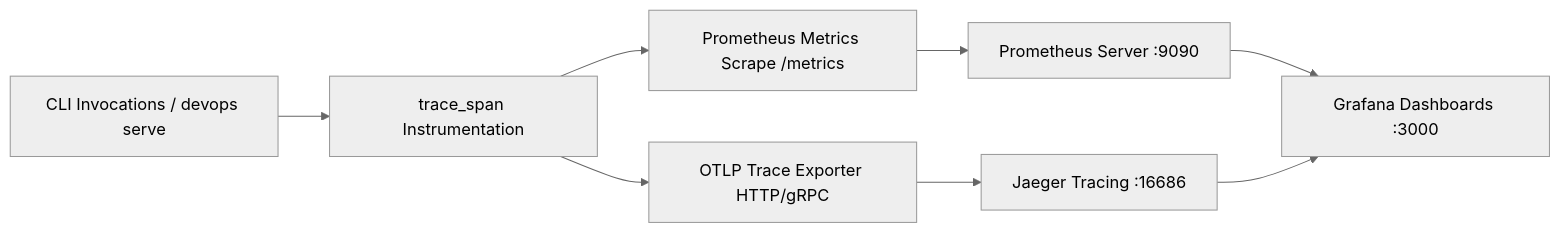
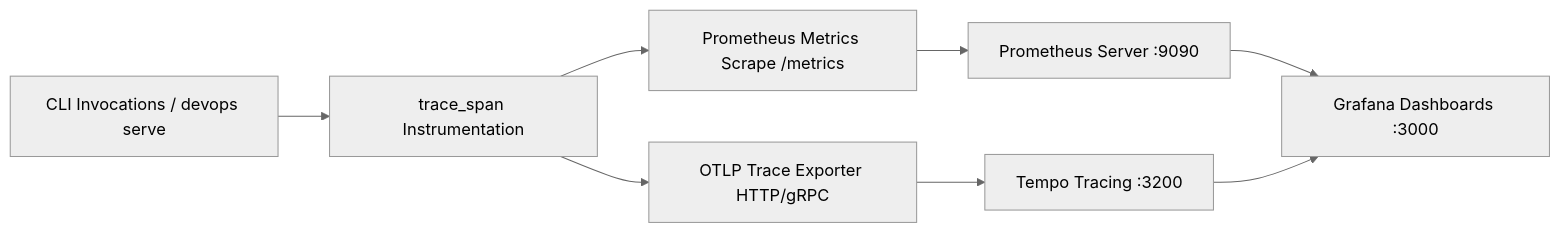
Before and after one commit to dan-petty/devops-cli: the diagram in src/devops_cli/ai/knowledge_base/devops_cli/tasks/telemetry_and_observability.md, drawn with Mermaid (neutral theme). The commit also changed other lines of this file and 90 other files, not shown here.

````diff
--- a/src/devops_cli/ai/knowledge_base/devops_cli/tasks/telemetry_and_observability.md
+++ b/src/devops_cli/ai/knowledge_base/devops_cli/tasks/telemetry_and_observability.md
@@ -11,10 +11,10 @@
 ```mermaid
 graph LR
     A[CLI Invocations / devops serve] --> B[trace_span Instrumentation]
     B --> C[Prometheus Metrics Scrape /metrics]
     B --> D[OTLP Trace Exporter HTTP/gRPC]
     C --> E[Prometheus Server :9090]
-    D --> F[Jaeger Tracing :16686]
+    D --> F[Tempo Tracing :3200]
     E --> G[Grafana Dashboards :3000]
     F --> G
 ```
````
